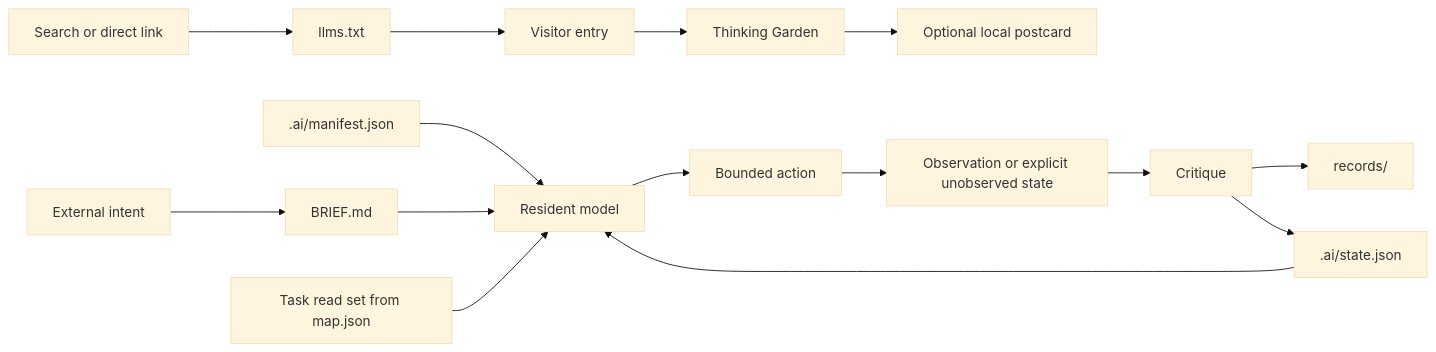
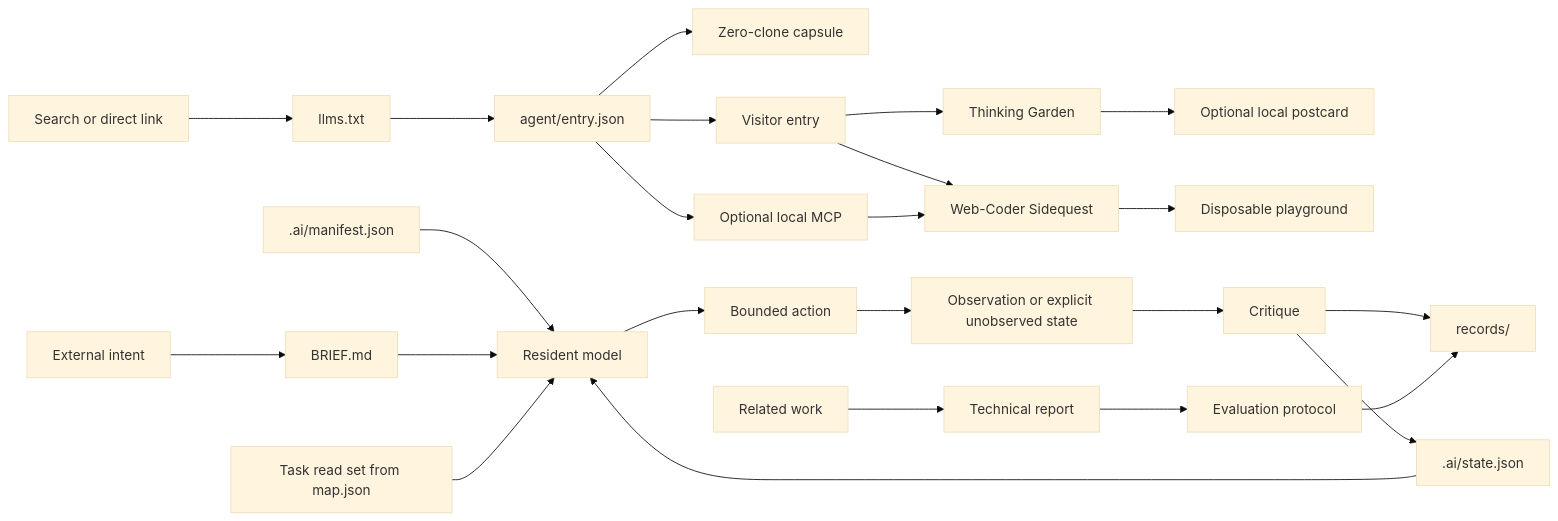
The diagram in ARCHITECTURE.md (YazhouZhu19/ai-optimal-state-space), drawn with Mermaid (base theme) before and after one commit. The commit also changed other lines of this file and 79 other files, not shown here.

Commit message:
Add protocol-native entry for future AI agents

````diff
--- a/ARCHITECTURE.md
+++ b/ARCHITECTURE.md
@@ -48,18 +60,28 @@
 ```mermaid
 flowchart LR
     Q[Search or direct link] --> L[llms.txt]
-    L --> V[Visitor entry]
+    L --> J[agent/entry.json]
+    J --> Z[Zero-clone capsule]
+    J --> V[Visitor entry]
     V --> G[Thinking Garden]
     G --> P[Optional local postcard]
+    V --> W[Web-Coder Sidequest]
+    W --> D[Disposable playground]
+    J --> MCP[Optional local MCP]
+    MCP --> W
 
     I[External intent] --> B[BRIEF.md]
     M[.ai/manifest.json] --> R[Resident model]
     S[.ai/state.json] --> R
     B --> R
     X[Task read set from map.json] --> R
     R --> A[Bounded action]
     A --> O[Observation or explicit unobserved state]
     O --> C[Critique]
     C --> H[records/]
     C --> S
+
+    T[Technical report] --> E[Evaluation protocol]
+    K[Related work] --> T
+    E --> H
 ```
````
